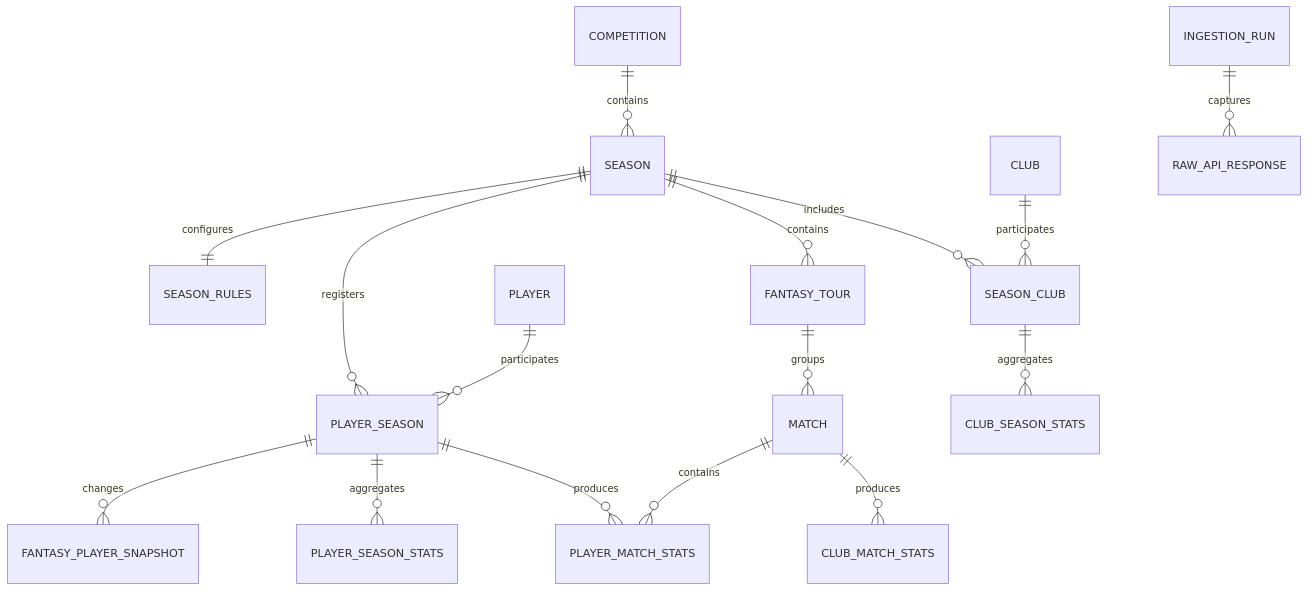
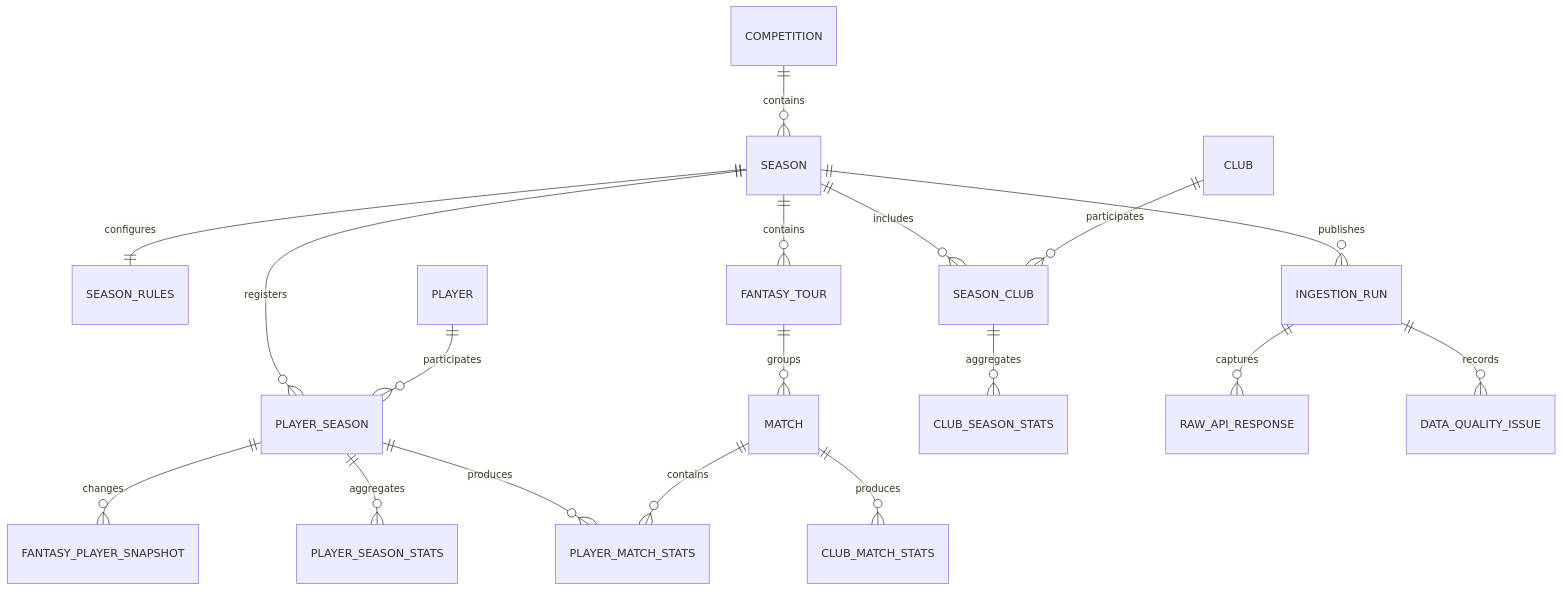
One commit to smokebeliu/fantasy-analytic changed the diagram in docs/data-model.md. Above: the diagram before and after it, drawn with Mermaid. The commit also changed other lines of this file and 2 other files, not shown here.

First line of the commit message:
docs(step4): document data-quality gate and mark step 4 DONE

````diff
--- a/docs/data-model.md
+++ b/docs/data-model.md
@@ -38,18 +38,20 @@
 ```mermaid
 erDiagram
     COMPETITION ||--o{ SEASON : contains
     SEASON ||--|| SEASON_RULES : configures
     SEASON ||--o{ SEASON_CLUB : includes
     CLUB ||--o{ SEASON_CLUB : participates
     SEASON ||--o{ PLAYER_SEASON : registers
     PLAYER ||--o{ PLAYER_SEASON : participates
     SEASON ||--o{ FANTASY_TOUR : contains
     FANTASY_TOUR ||--o{ MATCH : groups
     PLAYER_SEASON ||--o{ FANTASY_PLAYER_SNAPSHOT : changes
     PLAYER_SEASON ||--o{ PLAYER_SEASON_STATS : aggregates
     PLAYER_SEASON ||--o{ PLAYER_MATCH_STATS : produces
     MATCH ||--o{ PLAYER_MATCH_STATS : contains
     MATCH ||--o{ CLUB_MATCH_STATS : produces
     SEASON_CLUB ||--o{ CLUB_SEASON_STATS : aggregates
     INGESTION_RUN ||--o{ RAW_API_RESPONSE : captures
+    INGESTION_RUN ||--o{ DATA_QUALITY_ISSUE : records
+    SEASON ||--o{ INGESTION_RUN : publishes
 ```
````
